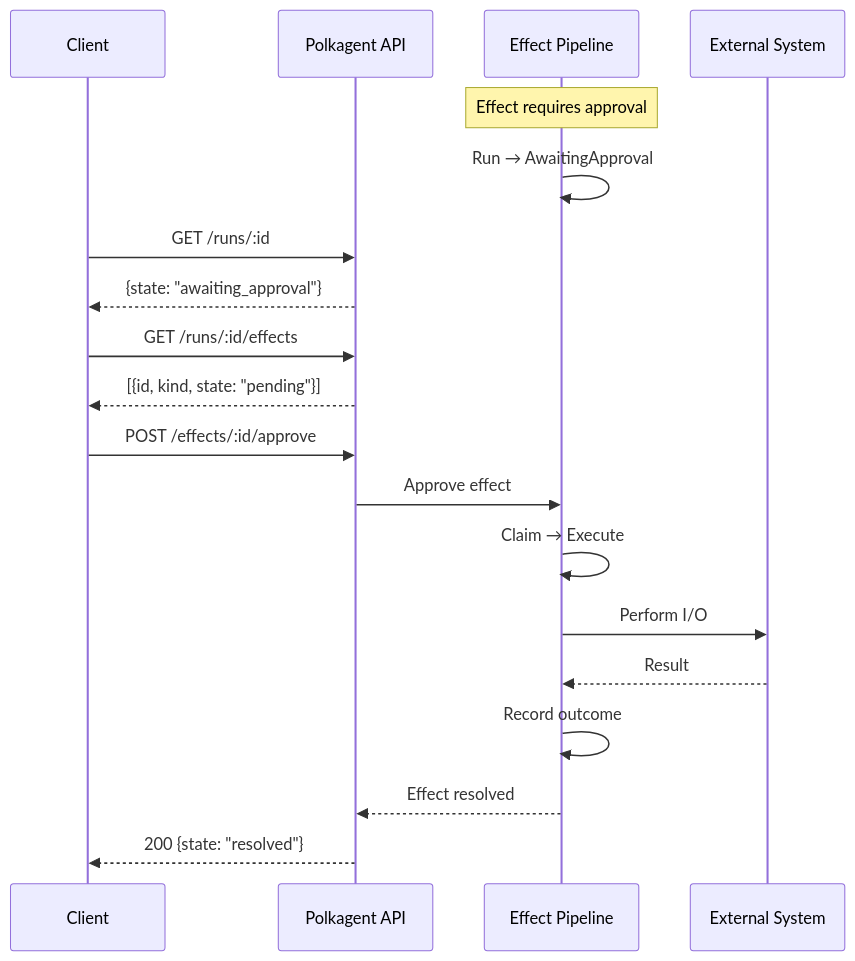
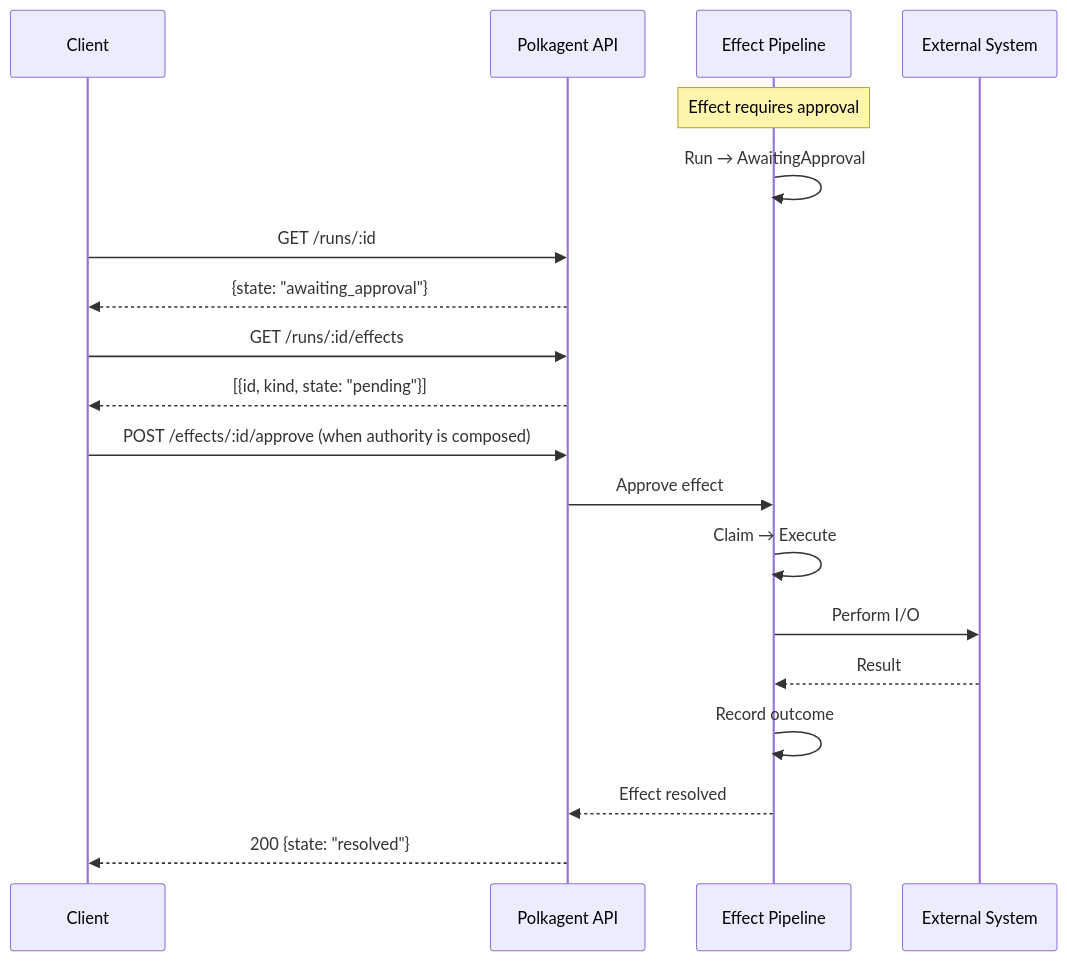
Before and after one commit to wpank/polkagent: the third of 4 diagrams in docs/api.md, drawn with Mermaid. The commit also changed other lines of this file and 18 other files, not shown here.

````diff
--- a/docs/api.md
+++ b/docs/api.md
@@ -109,25 +126,25 @@
 ```mermaid
 sequenceDiagram
     participant C as Client
     participant API as Polkagent API
     participant EP as Effect Pipeline
     participant EXT as External System
 
     Note over EP: Effect requires approval
     EP->>EP: Run → AwaitingApproval
 
     C->>API: GET /runs/:id
     API-->>C: {state: "awaiting_approval"}
 
     C->>API: GET /runs/:id/effects
     API-->>C: [{id, kind, state: "pending"}]
 
-    C->>API: POST /effects/:id/approve
+    C->>API: POST /effects/:id/approve (when authority is composed)
     API->>EP: Approve effect
     EP->>EP: Claim → Execute
     EP->>EXT: Perform I/O
     EXT-->>EP: Result
     EP->>EP: Record outcome
     EP-->>API: Effect resolved
     API-->>C: 200 {state: "resolved"}
 ```
````
